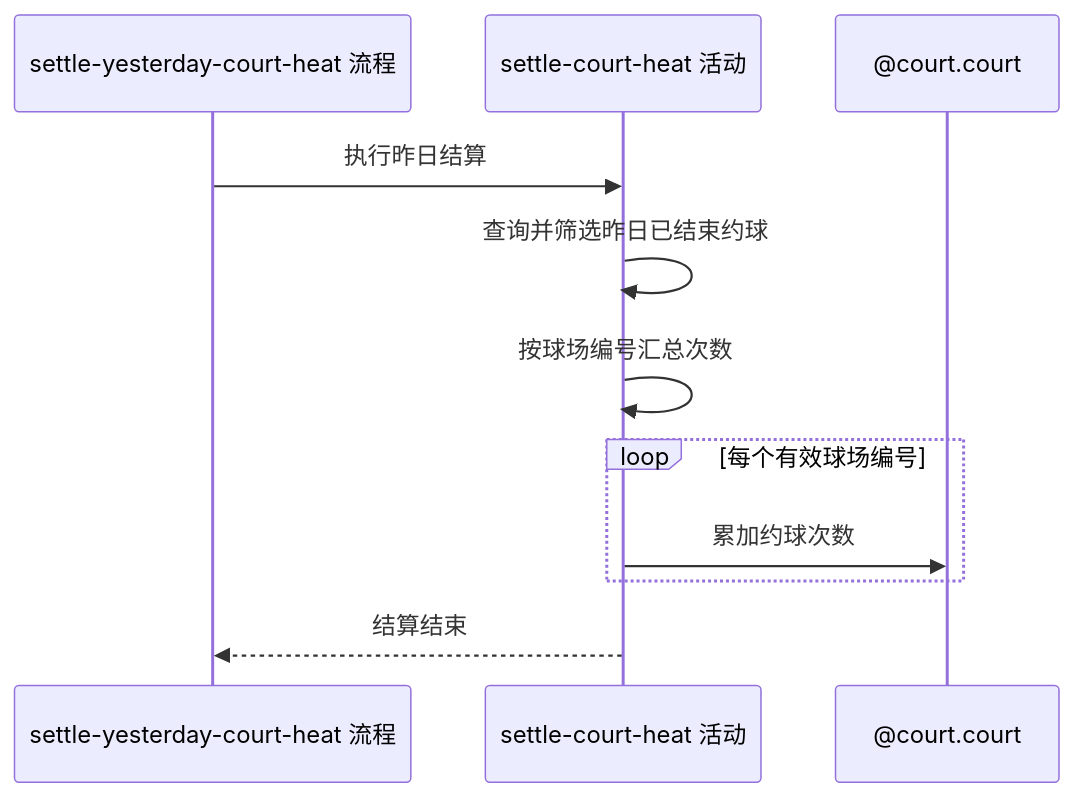
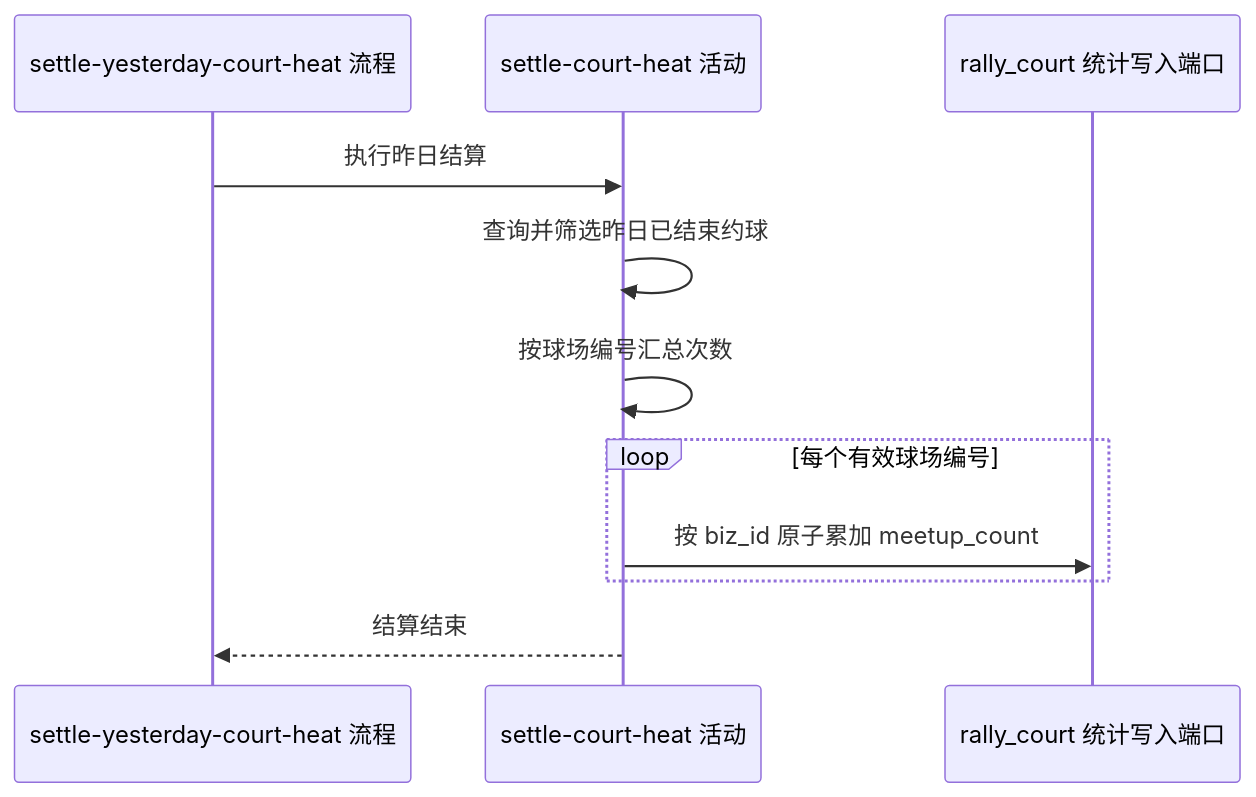
One commit to chxt100016/Rally changed the diagram in blueprint/spec/court/court-activity-heat-settlement/settle-court-heat/activity.md. Above: the diagram before and after it, drawn with Mermaid. The commit also changed other lines of this file and 871 other files, not shown here.

First line of the commit message:
fix(court,identity-account,meetup,tournament,transaction-payment): 迁移商业能力到新 Activity 实现并删除旧实现

````diff
--- a/blueprint/spec/court/court-activity-heat-settlement/settle-court-heat/activity.md
+++ b/blueprint/spec/court/court-activity-heat-settlement/settle-court-heat/activity.md
@@ -13,13 +13,13 @@
 ```mermaid
 sequenceDiagram
     participant F as settle-yesterday-court-heat 流程
     participant A as settle-court-heat 活动
-    participant C as @court.court
+    participant C as rally_court 统计写入端口
     F->>A: 执行昨日结算
     A->>A: 查询并筛选昨日已结束约球
     A->>A: 按球场编号汇总次数
     loop 每个有效球场编号
-        A->>C: 累加约球次数
+        A->>C: 按 biz_id 原子累加 meetup_count
     end
     A-->>F: 结算结束
 ```
````
